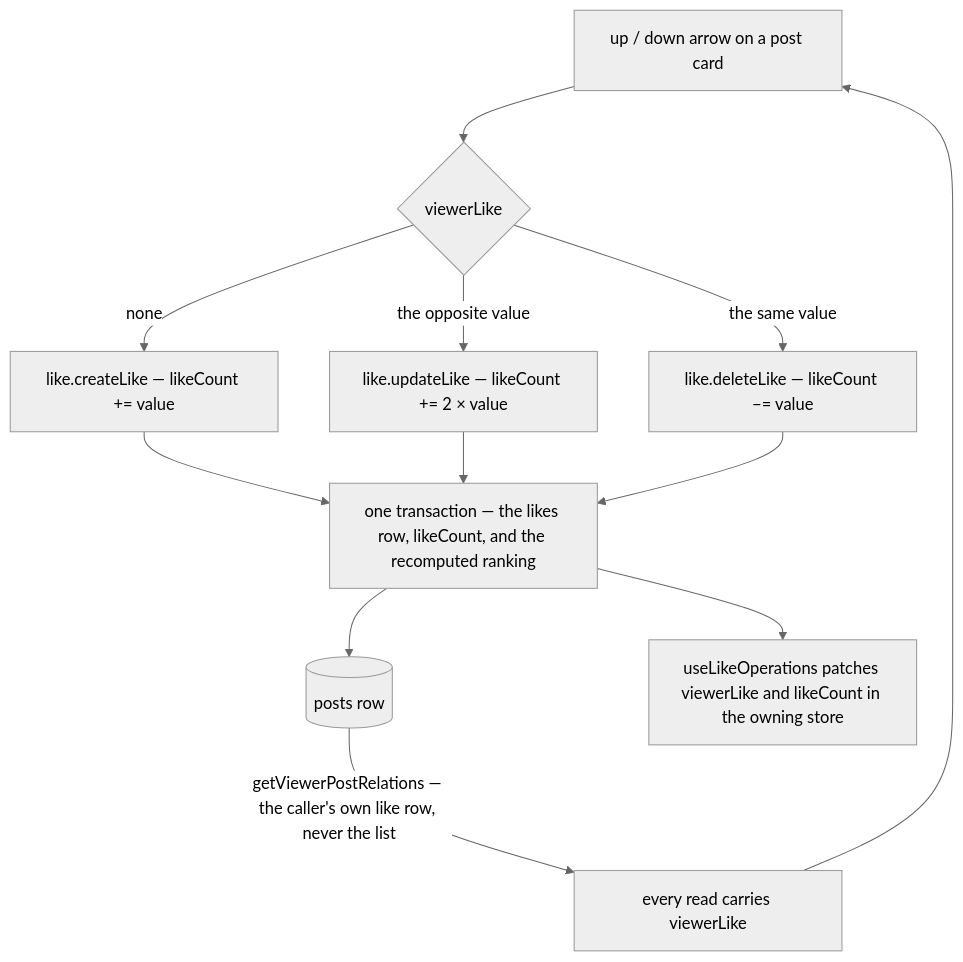
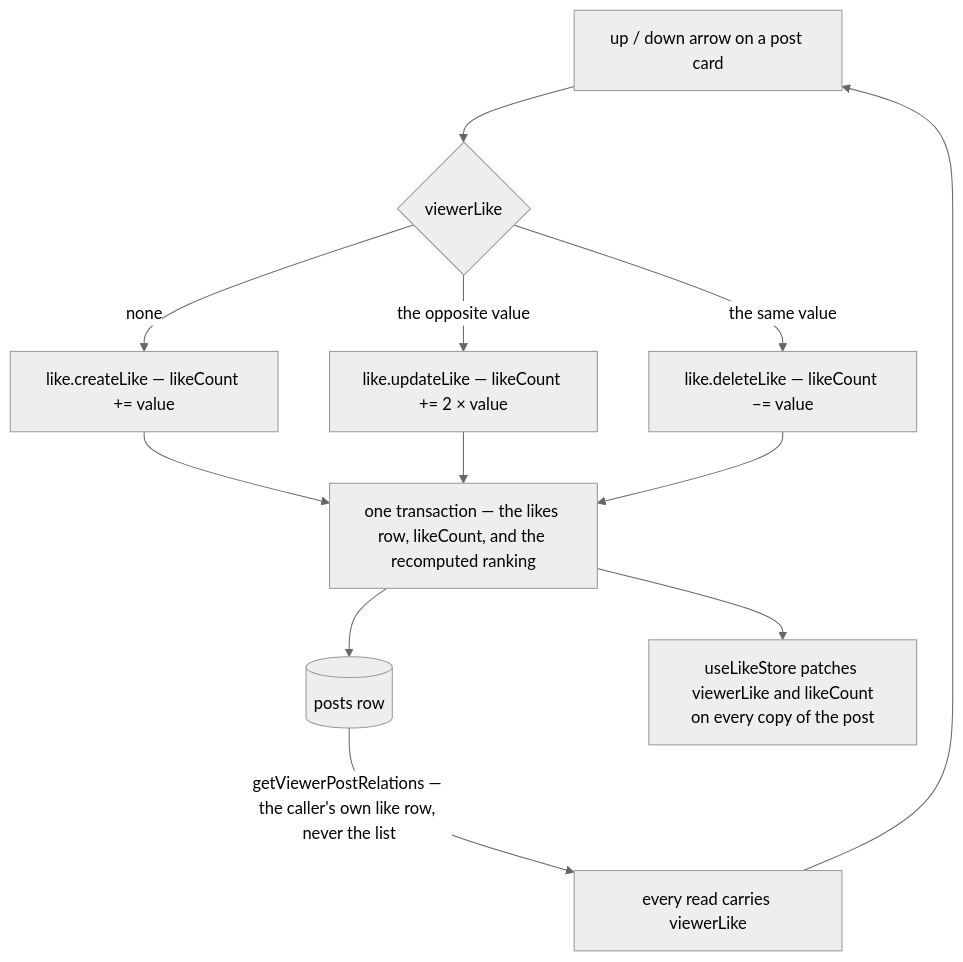
The diagram in apps/web/content/docs/post/likes.md (Esposter/Esposter), drawn with Mermaid (neutral theme) before and after one commit. The commit also changed other lines of this file and 9 other files, not shown here.

First line of the commit message:
fix(post): a vote lands on every copy of its post, through the one like store

````diff
--- a/apps/web/content/docs/post/likes.md
+++ b/apps/web/content/docs/post/likes.md
@@ -12,14 +12,14 @@
 ```mermaid
 flowchart TD
   arrows["up / down arrow on a post card"] --> pick{"viewerLike"}
   pick -->|"none"| createLike["like.createLike — likeCount += value"]
   pick -->|"the opposite value"| updateLike["like.updateLike — likeCount += 2 × value"]
   pick -->|"the same value"| deleteLike["like.deleteLike — likeCount −= value"]
   createLike --> txn
   updateLike --> txn
   deleteLike --> txn["one transaction — the likes row, likeCount, and the recomputed ranking"]
   txn --> row[("posts row")]
-  txn --> patch["useLikeOperations patches viewerLike and likeCount in the owning store"]
+  txn --> patch["useLikeStore patches viewerLike and likeCount<br/>on every copy of the post"]
   row -->|"getViewerPostRelations — the caller's own like row, never the list"| viewer["every read carries viewerLike"]
   viewer --> arrows
 ```
````
